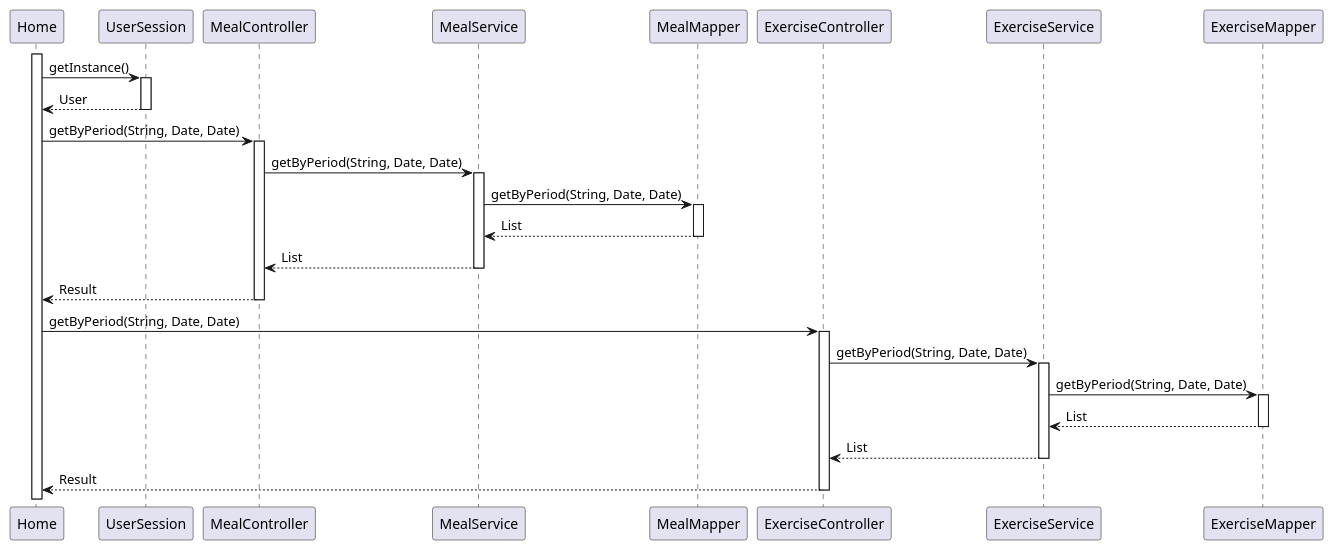
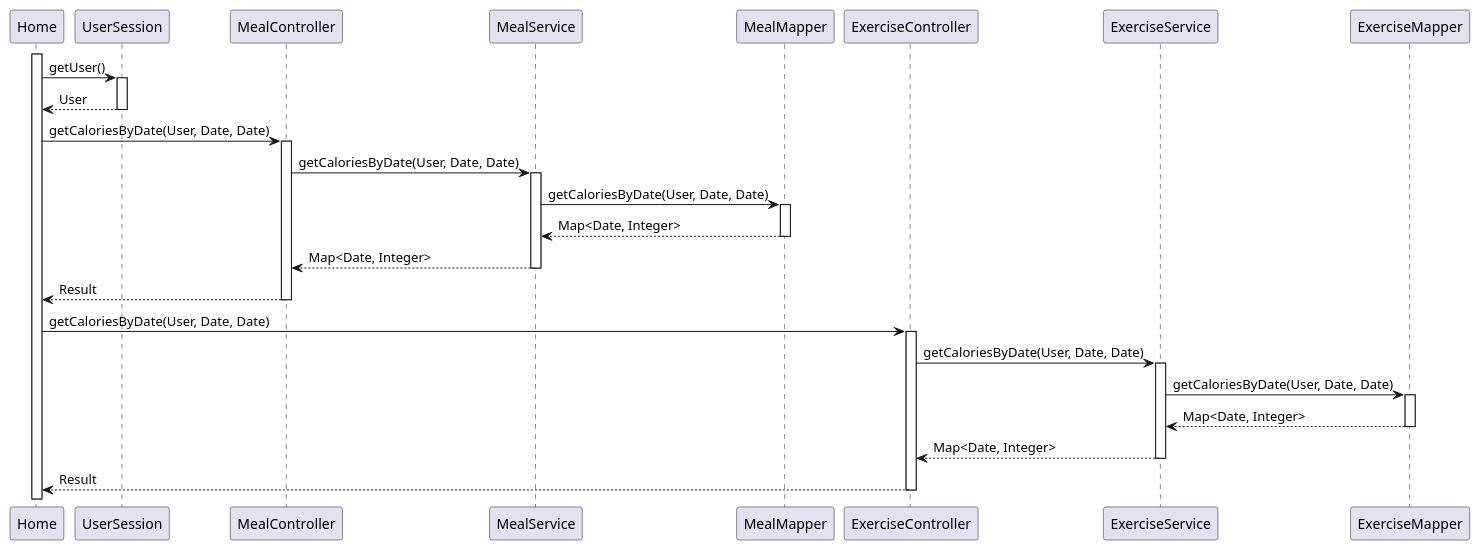
One commit to leidZhang/Nutrifit changed the diagram in doc/seq/homeCalorie.puml. Above: the diagram before and after it, drawn with PlantUML. The commit also changed 35 other files, not shown here.

Commit message:
sequence diagrams

```diff
--- a/doc/seq/homeCalorie.puml
+++ b/doc/seq/homeCalorie.puml
@@ -1,36 +1,36 @@
 @startuml
 activate Home
-Home -> UserSession: getInstance()
+Home -> UserSession: getUser()
 activate UserSession
 
 UserSession --> Home: User
 deactivate UserSession
 
-Home -> MealController: getByPeriod(String, Date, Date)
+Home -> MealController: getCaloriesByDate(User, Date, Date)
 activate MealController
-MealController -> MealService: getByPeriod(String, Date, Date)
+MealController -> MealService: getCaloriesByDate(User, Date, Date)
 activate MealService
-MealService -> MealMapper: getByPeriod(String, Date, Date)
+MealService -> MealMapper: getCaloriesByDate(User, Date, Date)
 activate MealMapper
-MealMapper --> MealService: List
+MealMapper --> MealService: Map<Date, Integer>
 deactivate MealMapper
-MealService --> MealController: List
+MealService --> MealController: Map<Date, Integer>
 deactivate MealService
 
 MealController --> Home: Result
 deactivate MealController
 
-Home -> ExerciseController: getByPeriod(String, Date, Date)
+Home -> ExerciseController: getCaloriesByDate(User, Date, Date)
 activate ExerciseController
-ExerciseController -> ExerciseService: getByPeriod(String, Date, Date)
+ExerciseController -> ExerciseService: getCaloriesByDate(User, Date, Date)
 activate ExerciseService
-ExerciseService -> ExerciseMapper: getByPeriod(String, Date, Date)
+ExerciseService -> ExerciseMapper: getCaloriesByDate(User, Date, Date)
 activate ExerciseMapper
-ExerciseMapper --> ExerciseService: List
+ExerciseMapper --> ExerciseService: Map<Date, Integer>
 deactivate ExerciseMapper
-ExerciseService --> ExerciseController: List
+ExerciseService --> ExerciseController: Map<Date, Integer>
 deactivate ExerciseService
 
 ExerciseController --> Home: Result
 deactivate ExerciseController
 @enduml
```
